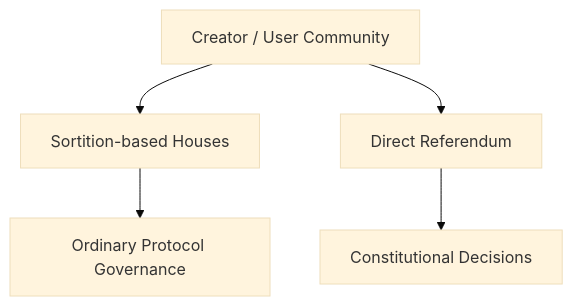
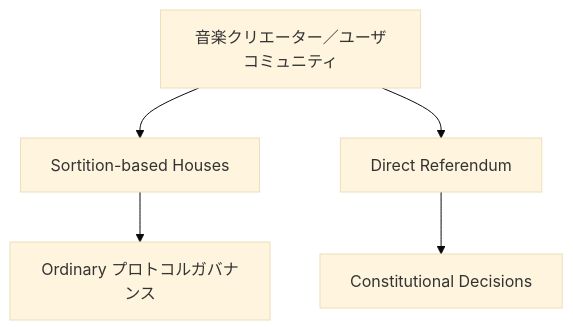
One commit to ShigeichiroYamasaki/creator-first-platform changed the third of 47 diagrams in docs/whitepaper/13-roadmap.md. Above: the diagram before and after it, drawn with Mermaid (base theme). The commit also changed other lines of this file and 67 other files, not shown here.

````diff
--- a/docs/whitepaper/13-roadmap.md
+++ b/docs/whitepaper/13-roadmap.md
@@ -79,10 +79,10 @@
 ```mermaid
 flowchart TD
-    COMMUNITY[Creator / User Community]
+    COMMUNITY[音楽クリエーター／ユーザコミュニティ]
 
     COMMUNITY --> HOUSES[Sortition-based Houses]
     COMMUNITY --> REFERENDUM[Direct Referendum]
 
-    HOUSES --> ORDINARY[Ordinary Protocol Governance]
+    HOUSES --> ORDINARY[Ordinary プロトコルガバナンス]
     REFERENDUM --> CONSTITUTION[Constitutional Decisions]
 ```
````
